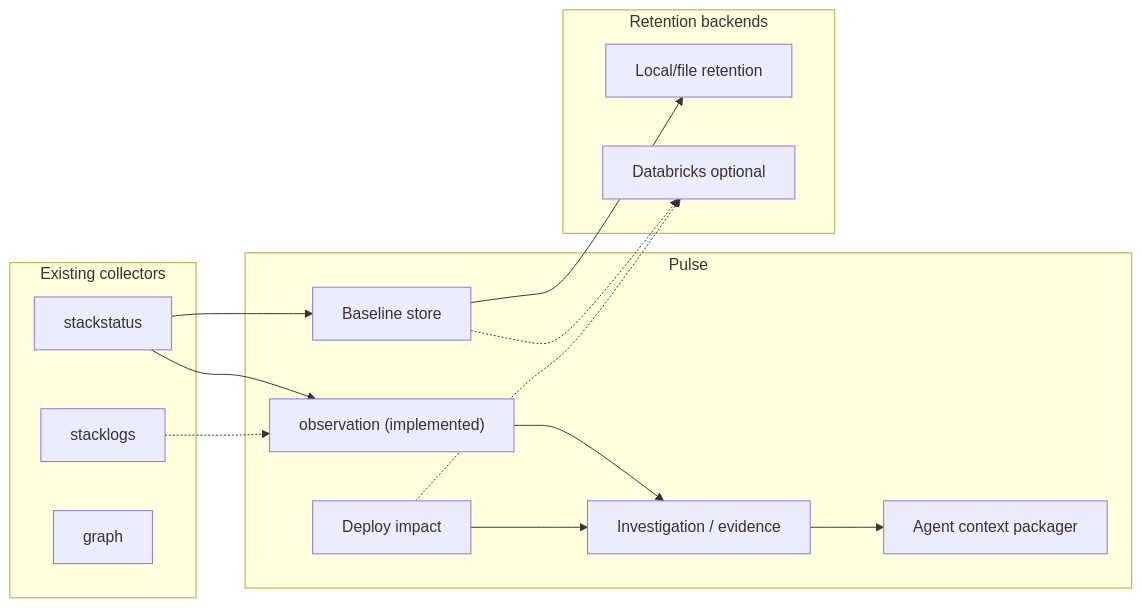
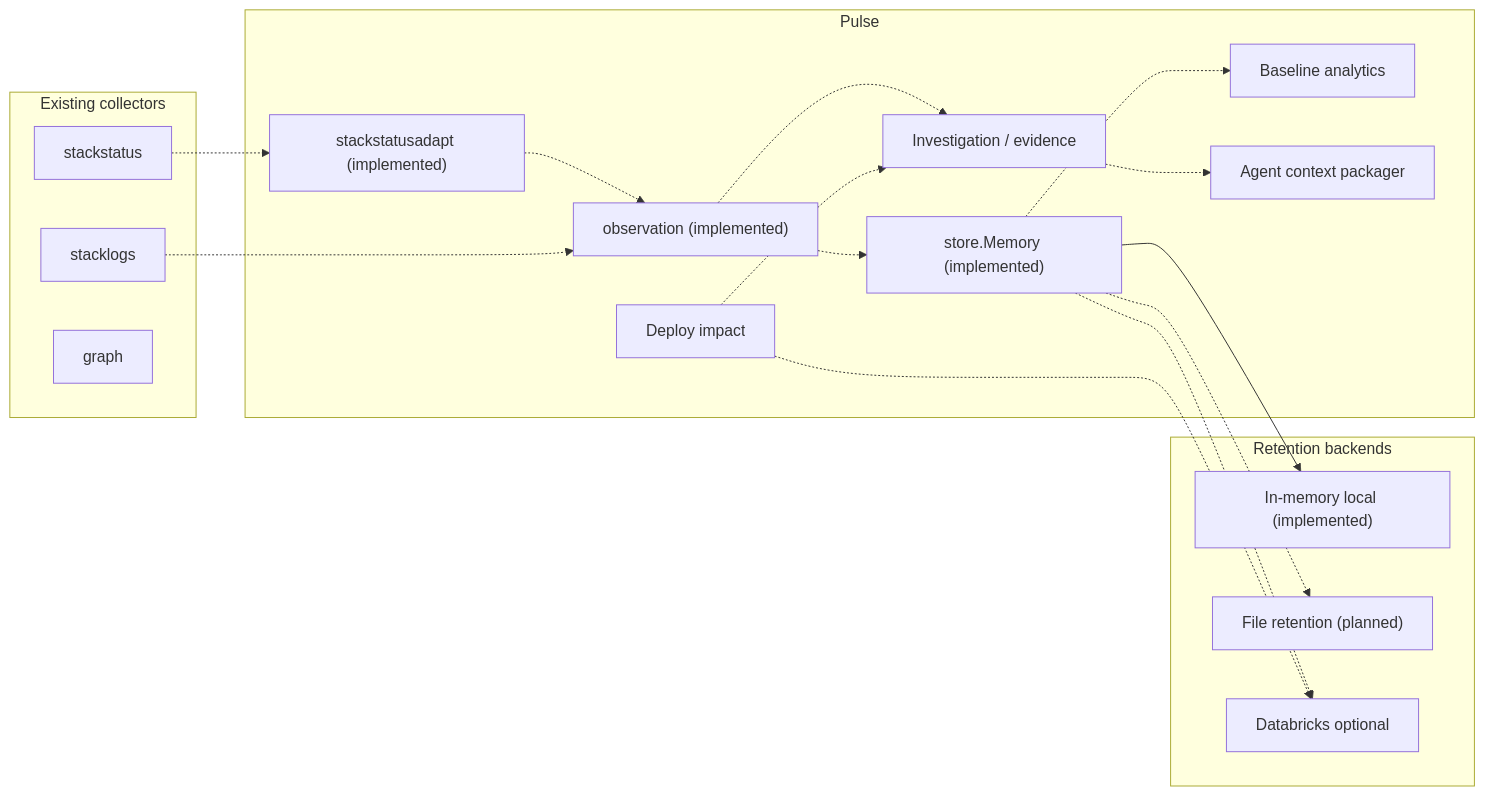
One commit to sharathb5/perch-pulse changed the second of 2 diagrams in docs/ARCHITECTURE.md. Above: the diagram before and after it, drawn with Mermaid. The commit also changed other lines of this file and 3 other files, not shown here.

First line of the commit message:
feat(pulse): local in-memory historical observation store (#8)

````diff
--- a/docs/ARCHITECTURE.md
+++ b/docs/ARCHITECTURE.md
@@ -94,31 +95,35 @@
 ```mermaid
 flowchart LR
   subgraph existing["Existing collectors"]
     SS["stackstatus"]
     SL["stacklogs"]
     G["graph"]
   end
 
   subgraph pulse["Pulse"]
     OBS["observation (implemented)"]
+    ADAPT["stackstatusadapt (implemented)"]
+    HIST["store.Memory (implemented)"]
     INV["Investigation / evidence"]
-    BASE["Baseline store"]
+    BASE["Baseline analytics"]
     DEP["Deploy impact"]
     AGENT["Agent context packager"]
   end
 
   subgraph backends["Retention backends"]
-    LOCAL["Local/file retention"]
+    MEM["In-memory local (implemented)"]
+    FILE["File retention (planned)"]
     DBX["Databricks optional"]
   end
 
-  SS --> OBS
+  SS -.-> ADAPT -.-> OBS -.-> HIST
   SL -.-> OBS
-  OBS --> INV
-  SS --> BASE
-  DEP --> INV
-  INV --> AGENT
-  BASE --> LOCAL
-  BASE -.-> DBX
+  HIST --> MEM
+  HIST -.-> FILE
+  HIST -.-> DBX
+  OBS -.-> INV
+  HIST -.-> BASE
+  DEP -.-> INV
+  INV -.-> AGENT
   DEP -.-> DBX
 ```
````
